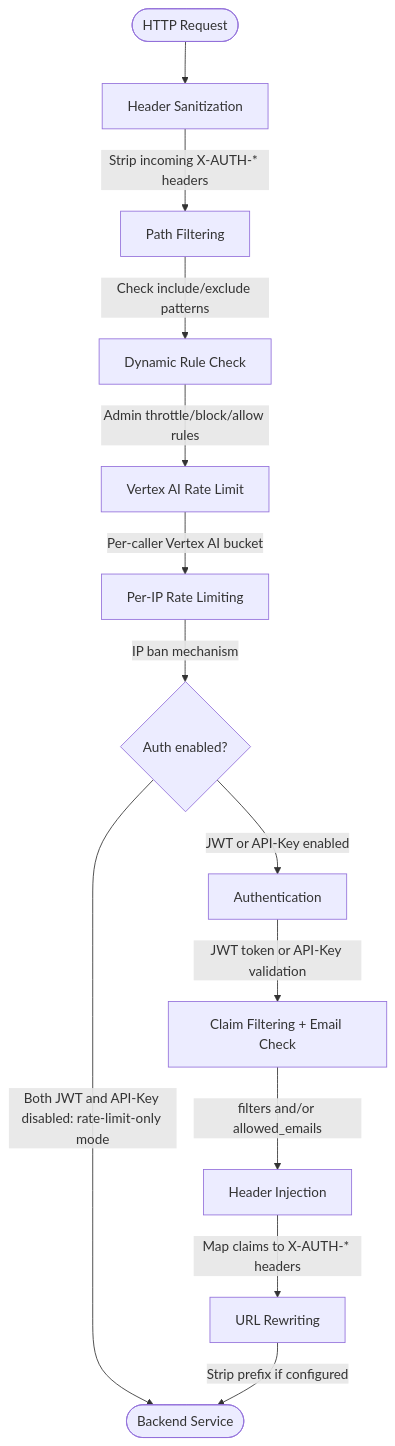
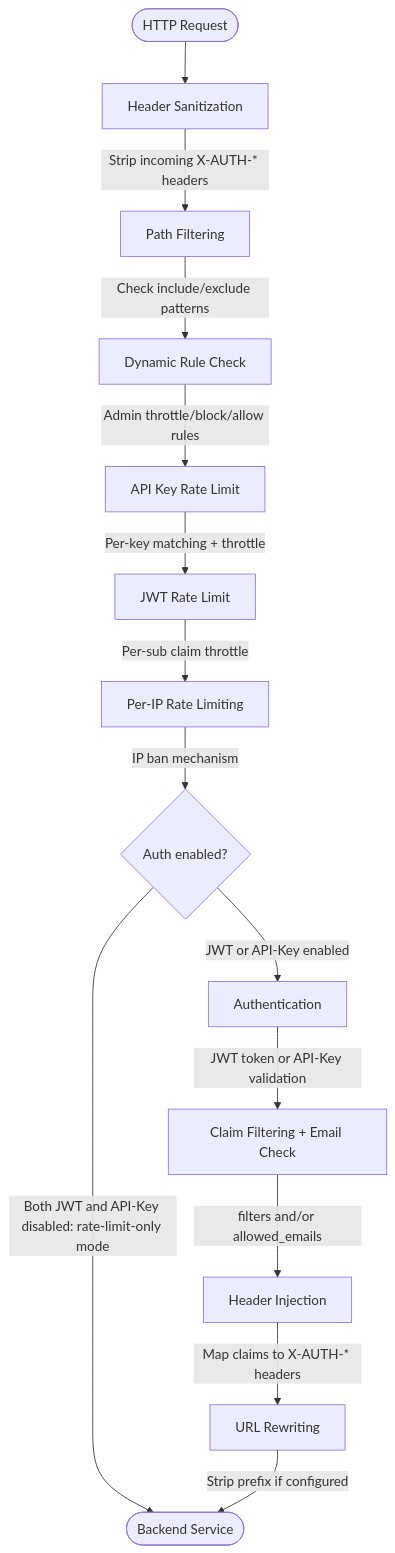
Before and after one commit to fp8/lite-auth-proxy: the diagram in README.md, drawn with Mermaid. The commit also changed other lines of this file and 22 other files, not shown here.

Commit message:
Added max_delay_slots for rate limiting delay

````diff
--- a/README.md
+++ b/README.md
@@ -373,15 +373,16 @@
 ```mermaid
 flowchart TD
     Start([HTTP Request]) --> Step1
     Step1[Header Sanitization] --> |Strip incoming X-AUTH-* headers|Step2[Path Filtering]
     Step2 --> |Check include/exclude patterns|Step3[Dynamic Rule Check]
-    Step3 --> |Admin throttle/block/allow rules|Step4[Vertex AI Rate Limit]
-    Step4 --> |Per-caller Vertex AI bucket|Step5[Per-IP Rate Limiting]
+    Step3 --> |Admin throttle/block/allow rules|Step4[API Key Rate Limit]
+    Step4 --> |Per-key matching + throttle|Step4b[JWT Rate Limit]
+    Step4b --> |Per-sub claim throttle|Step5[Per-IP Rate Limiting]
     Step5 --> |IP ban mechanism|Step6{Auth enabled?}
     Step6 --> |Both JWT and API-Key disabled: rate-limit-only mode|Backend
     Step6 --> |JWT or API-Key enabled|Step7[Authentication]
     Step7 --> |JWT token or API-Key validation|Step8[Claim Filtering + Email Check]
     Step8 --> |filters and/or allowed_emails|Step9[Header Injection]
     Step9 --> |Map claims to X-AUTH-* headers|Step10[URL Rewriting]
     Step10 --> |Strip prefix if configured|Backend([Backend Service])
 ```
````
